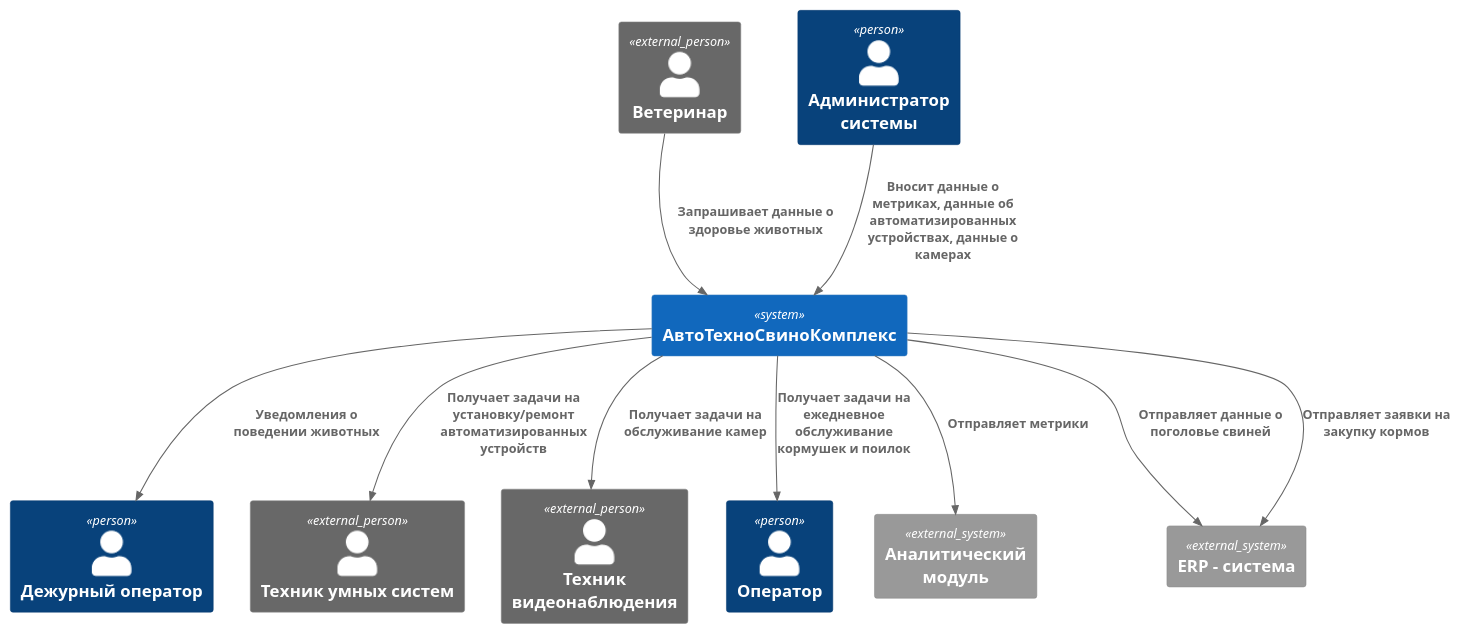
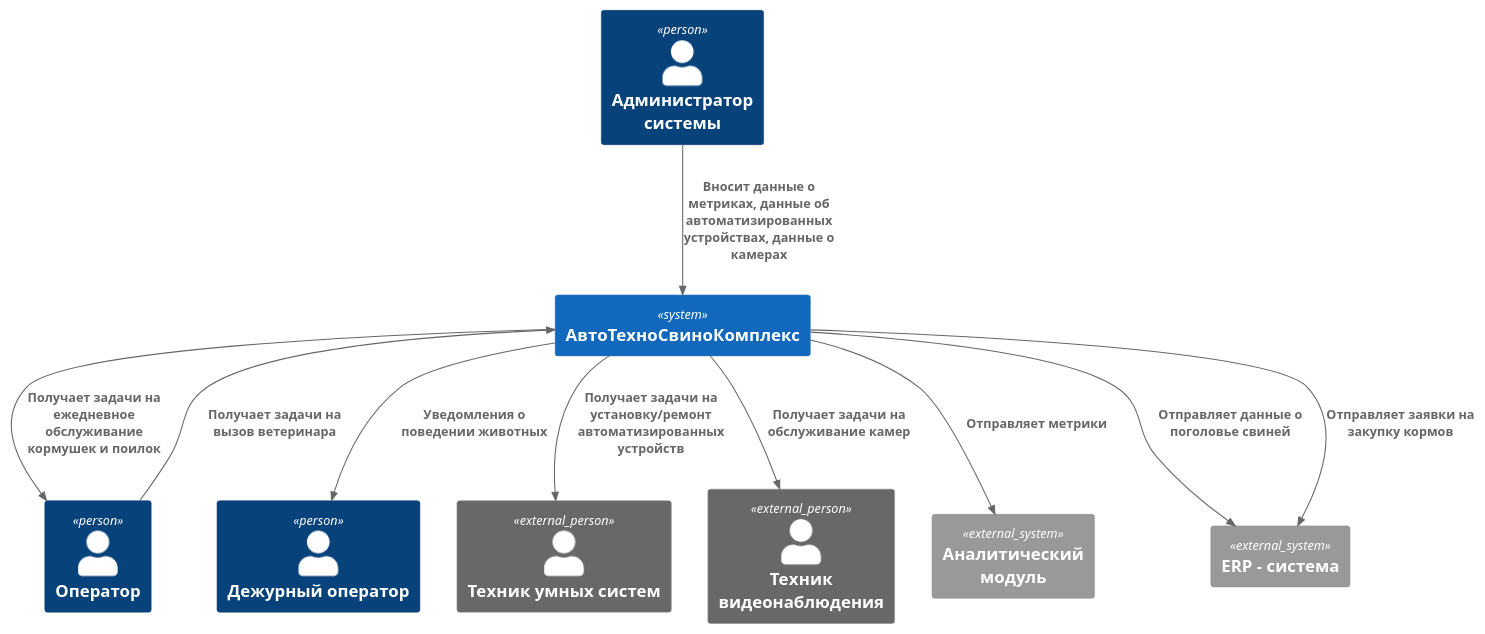
Before and after one commit to mirray/MSA-AgroTech: the diagram in Task1/ATCK_C4_Context_alternative.puml, drawn with PlantUML. The commit also changed 1 other file, not shown here.

```diff
--- a/Task1/ATCK_C4_Context_alternative.puml
+++ b/Task1/ATCK_C4_Context_alternative.puml
@@ -1,25 +1,24 @@
 @startuml Архитектура_АвтоТехноСвиноКомплекс_v1_Альтернативное_Решение
 !include <C4/C4_Context>
 
 ' === Участники ===
 Person(duty_operator, "Дежурный оператор")
 Person_Ext(technican, "Техник умных систем")
 Person_Ext(cv_technican, "Техник видеонаблюдения")
 Person(operator, "Оператор")
-Person_Ext(vet, "Ветеринар")
 Person(admin, "Администратор системы")
 
 System_Ext(analytic, "Аналитический модуль")
 System_Ext(erp, "ERP - система")
 System(atck, "АвтоТехноСвиноКомплекс")
 
 Rel(atck, duty_operator, "Уведомления о поведении животных")
+Rel(operator, atck, "Получает задачи на вызов ветеринара")
 Rel(atck, operator, "Получает задачи на ежедневное обслуживание кормушек и поилок")
-Rel(vet, atck, "Запрашивает данные о здоровье животных")
 Rel(atck, analytic, "Отправляет метрики")
 Rel(atck, erp, "Отправляет данные о поголовье свиней")
 Rel(atck, erp, "Отправляет заявки на закупку кормов")
 Rel(admin, atck, "Вносит данные о метриках, данные об автоматизированных устройствах, данные о камерах")
 Rel(atck, cv_technican, "Получает задачи на обслуживание камер")
 Rel(atck, technican, "Получает задачи на установку/ремонт автоматизированных устройств")
 @enduml
```
